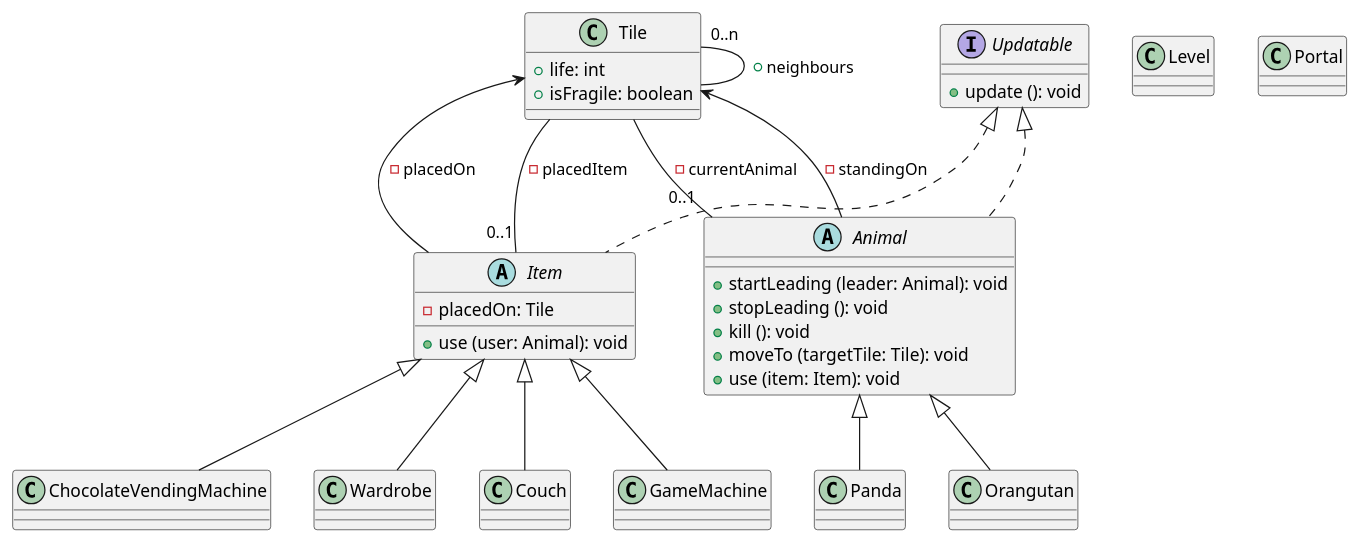
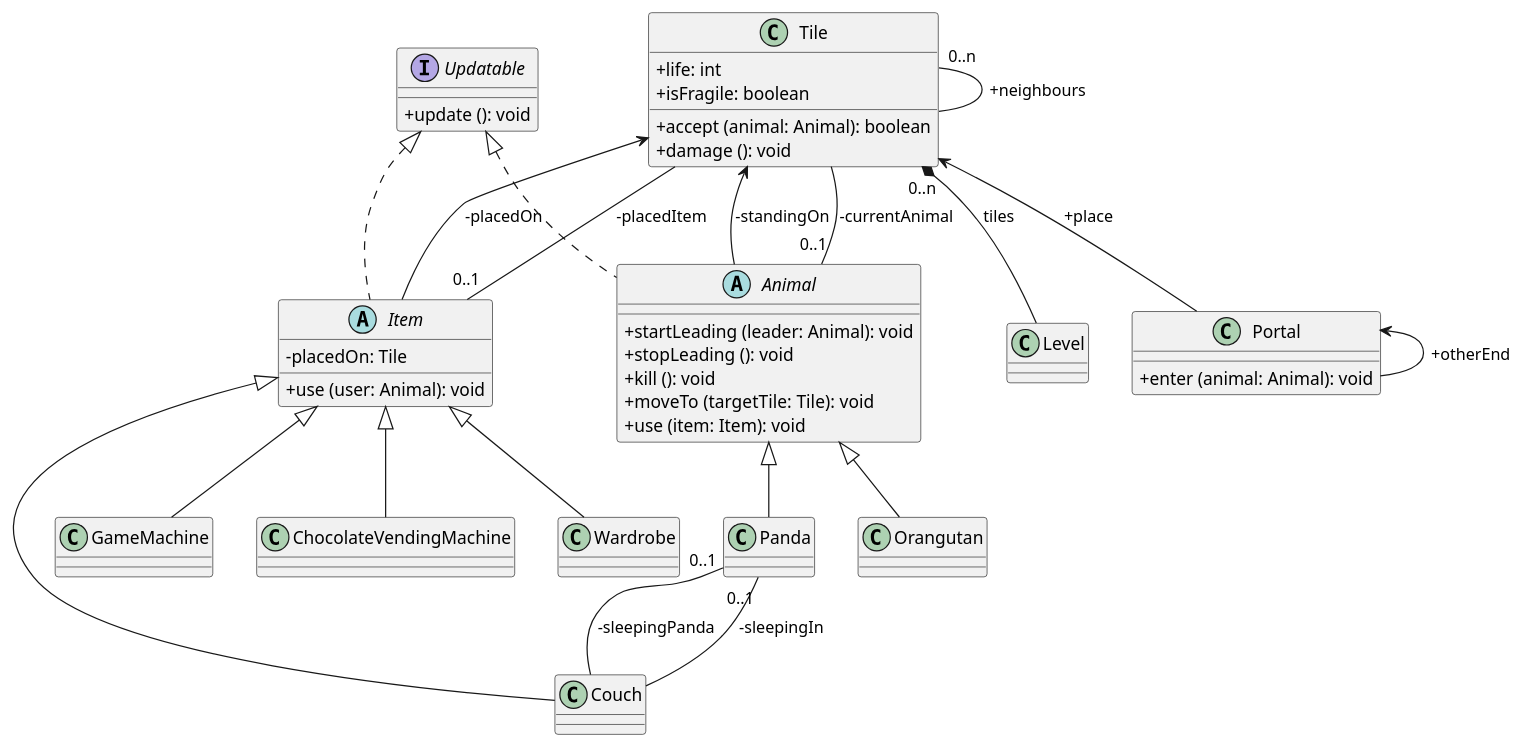
One commit to bokovhu/software-project-laboratory-assignment changed the diagram in 3-analysis-modell/java/ClassDiagram.puml. Above: the diagram before and after it, drawn with PlantUML.

Commit message:
Class diagram

```diff
--- a/3-analysis-modell/java/ClassDiagram.puml
+++ b/3-analysis-modell/java/ClassDiagram.puml
@@ -1,67 +1,83 @@
 @startuml
+
+skinparam classAttributeIconSize 0
+skinparam guillemet false
 
 class Tile {
     +life: int
     +isFragile: boolean
+    +accept (animal: Animal): boolean
+    +damage (): void
 }
 
 Tile "0..n" -- Tile : +neighbours
 
 interface Updatable {
     +update (): void
 }
 
 abstract class Animal {
     +startLeading (leader: Animal): void
     +stopLeading (): void
     +kill (): void
     +moveTo (targetTile: Tile): void
     +use (item: Item): void
 }
 
 Tile <-- Animal : -standingOn
 Animal "0..1" -- Tile : -currentAnimal
 
 abstract class Item {
     -placedOn: Tile
     +use (user: Animal): void
 }
 
 Tile <-- Item : -placedOn
 Item "0..1" -- Tile : -placedItem
 
 Updatable <|.. Animal
 Updatable <|.. Item
 
-class Level
+class Level {
+}
+
+Tile "0..n" *-- Level : tiles
 
 class Panda {
 }
 
 class Orangutan {
 }
 
 Animal <|-- Panda
 Animal <|-- Orangutan
 
 class Couch {
+
 }
+
+Panda "0..1" -- Couch : -sleepingPanda
+Couch -- "0..1" Panda : -sleepingIn
 
 class GameMachine {
 }
 
 class ChocolateVendingMachine {
 }
 
 class Wardrobe {
 }
 
 Item <|-- Couch
 Item <|-- GameMachine
 Item <|-- ChocolateVendingMachine
 Item <|-- Wardrobe
 
-class Portal
+class Portal {
+    +enter (animal: Animal): void
+}
 
+Portal <-- Portal : +otherEnd
+Tile <-- Portal: +place
 
 @enduml
```
